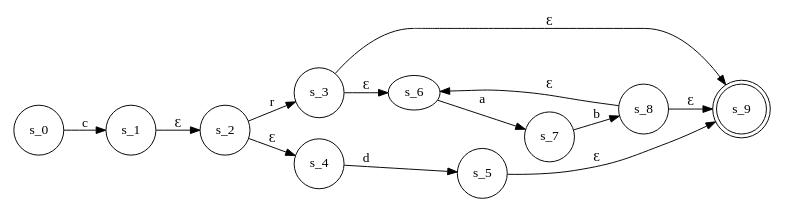
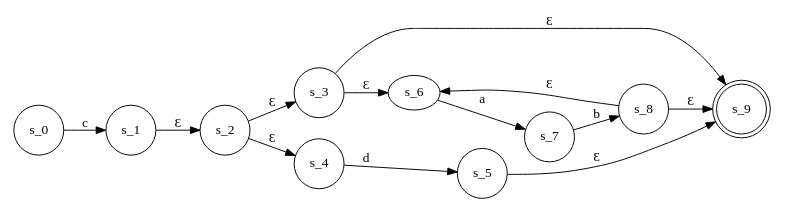
One commit to jmatth/homework changed the diagram in hw3/nfaregex.dot. Above: the diagram before and after it, drawn with Graphviz. The commit also changed 2 other files, not shown here.

```diff
--- a/hw3/nfaregex.dot
+++ b/hw3/nfaregex.dot
@@ -1,30 +1,30 @@
 digraph divisible_by_eight {
   rankdir=LR;
   size="8,5"
 
   s_0 [shape=circle]
   s_1 [shape=circle]
   s_2 [shape=circle]
   s_3 [shape=circle]
   s_4 [shape=circle]
   s_5 [shape=circle]
   s_7 [shape=circle]
   s_8 [shape=circle]
   s_9 [shape=doublecircle]
 
   s_0 -> s_1 [label="c"]
   s_1 -> s_2 [label="Ɛ"]
-  s_2 -> s_3 [label="r"]
+  s_2 -> s_3 [label="Ɛ"]
   s_2 -> s_4 [label="Ɛ"]
 
   s_4 -> s_5 [label="d"]
   s_5 -> s_9 [label="Ɛ"]
 
   s_3 -> s_9 [label="Ɛ"]
   s_3 -> s_6 [label="Ɛ"]
 
   s_6 -> s_7 [label="a"]
   s_7 -> s_8 [label="b"]
   s_8 -> s_6 [label="Ɛ"]
   s_8 -> s_9 [label="Ɛ"]
 }
```
